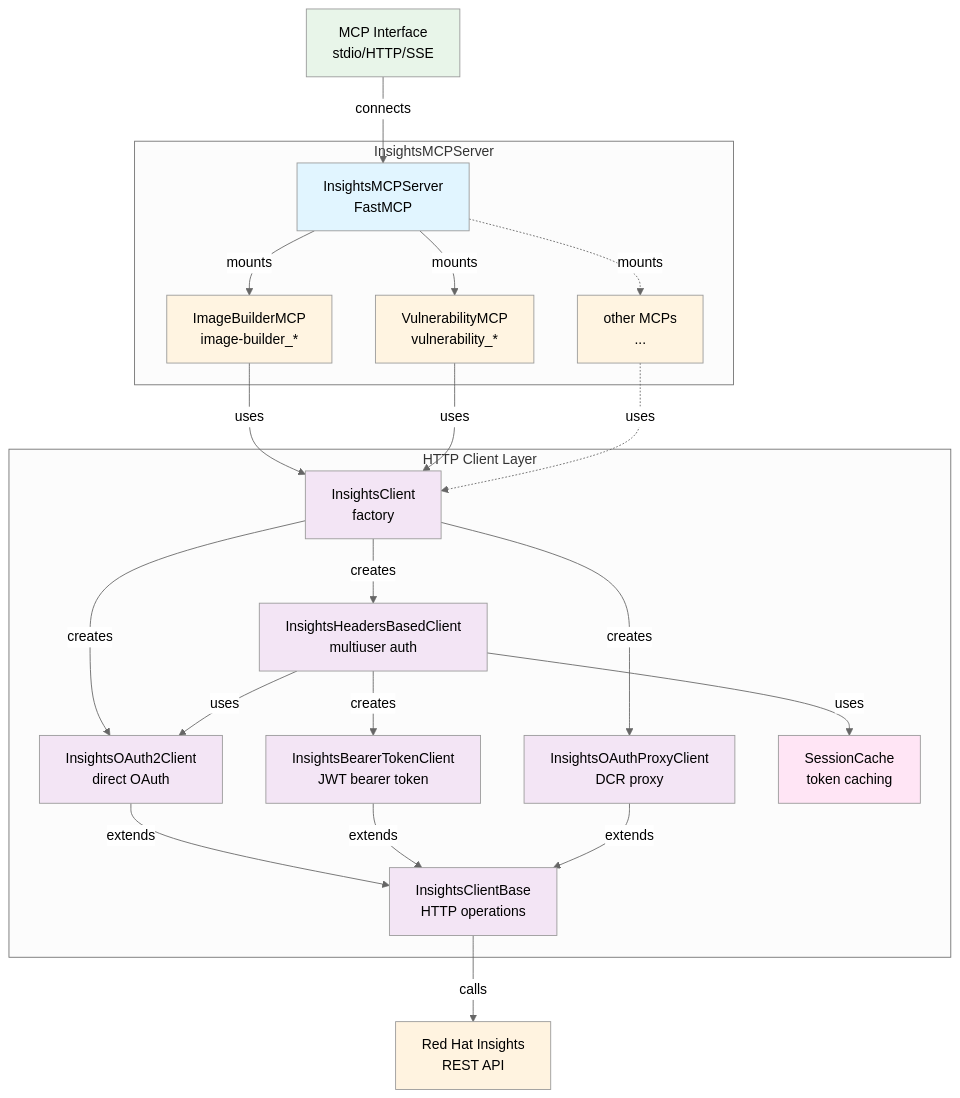
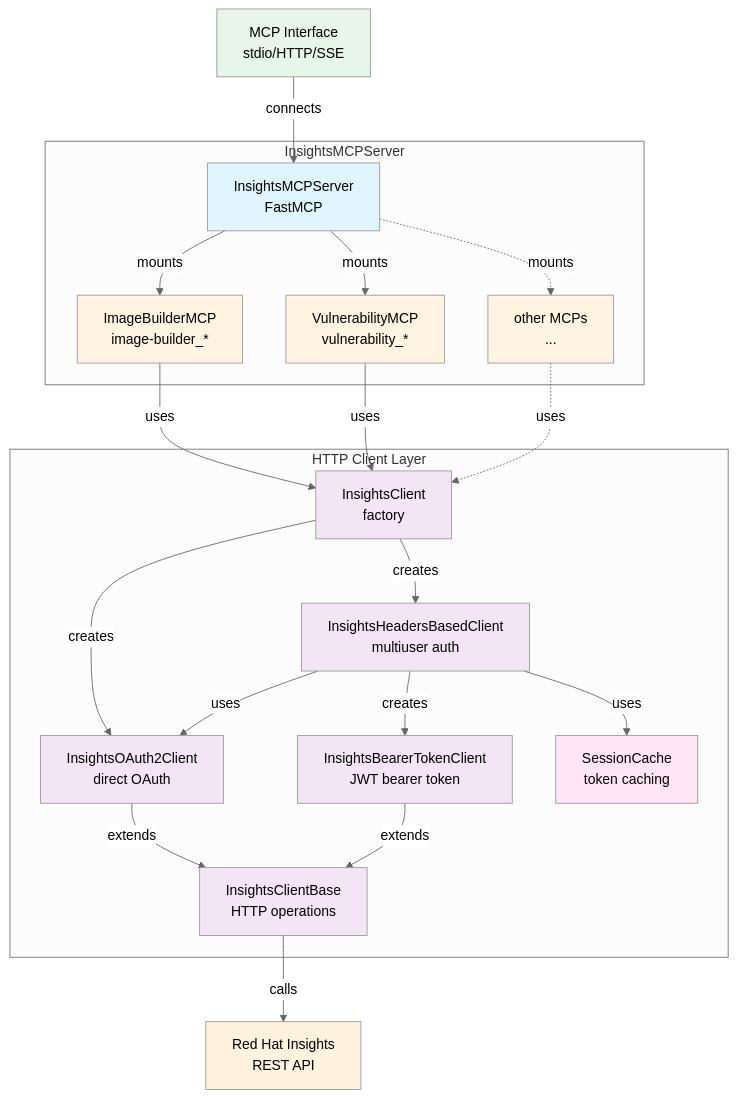
One commit to RedHatInsights/insights-mcp changed the first of 2 diagrams in HACKING.md. Above: the diagram before and after it, drawn with Mermaid (neutral theme). The commit also changed other lines of this file and 12 other files, not shown here.

First line of the commit message:
chore: remove server-side OAuth proxy (OIDCProxy/DCR)

````diff
--- a/HACKING.md
+++ b/HACKING.md
@@ -43,51 +39,47 @@
 ```mermaid
 %% title: architecture-structure
 graph TB
     MCP[MCP Interface<br/>stdio/HTTP/SSE]
     subgraph "InsightsMCPServer"
         MainServer[InsightsMCPServer<br/>FastMCP]
         MainServer -->|mounts| ImageBuilder[ImageBuilderMCP<br/>image-builder_*]
         MainServer -->|mounts| Vulnerability[VulnerabilityMCP<br/>vulnerability_*]
         MainServer -.->|mounts| More[other MCPs<br/>...]
     end
     subgraph "HTTP Client Layer"
         InsightsClient[InsightsClient<br/>factory]
         OAuth2Client[InsightsOAuth2Client<br/>direct OAuth]
         HeadersClient[InsightsHeadersBasedClient<br/>multiuser auth]
         BearerClient[InsightsBearerTokenClient<br/>JWT bearer token]
-        OAuthProxyClient[InsightsOAuthProxyClient<br/>DCR proxy]
         SessionCache[SessionCache<br/>token caching]
         InsightsClientBase[InsightsClientBase<br/>HTTP operations]
 
         InsightsClient -->|creates| OAuth2Client
         InsightsClient -->|creates| HeadersClient
-        InsightsClient -->|creates| OAuthProxyClient
         HeadersClient -->|uses| SessionCache
         HeadersClient -->|creates| BearerClient
         OAuth2Client -->|extends| InsightsClientBase
         BearerClient -->|extends| InsightsClientBase
         HeadersClient -->|uses| OAuth2Client
-        OAuthProxyClient -->|extends| InsightsClientBase
     end
     API[Red Hat Insights<br/>REST API]
 
     MCP -->|connects| MainServer
     ImageBuilder -->|uses| InsightsClient
     Vulnerability -->|uses| InsightsClient
     More -.->|uses| InsightsClient
     InsightsClientBase -->|calls| API
 
     style MainServer fill:#e1f5ff
     style ImageBuilder fill:#fff4e1
     style Vulnerability fill:#fff4e1
     style More fill:#fff4e1
     style InsightsClient fill:#f3e5f5
     style OAuth2Client fill:#f3e5f5
     style HeadersClient fill:#f3e5f5
     style BearerClient fill:#f3e5f5
-    style OAuthProxyClient fill:#f3e5f5
     style SessionCache fill:#ffe5f5
     style InsightsClientBase fill:#f3e5f5
     style MCP fill:#e8f5e9
     style API fill:#fff3e0
 ```
````
